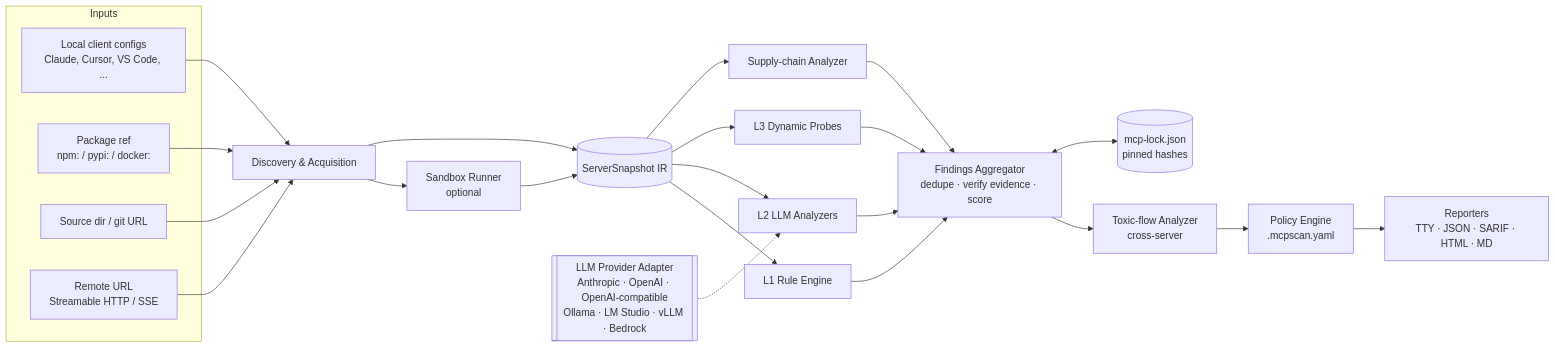
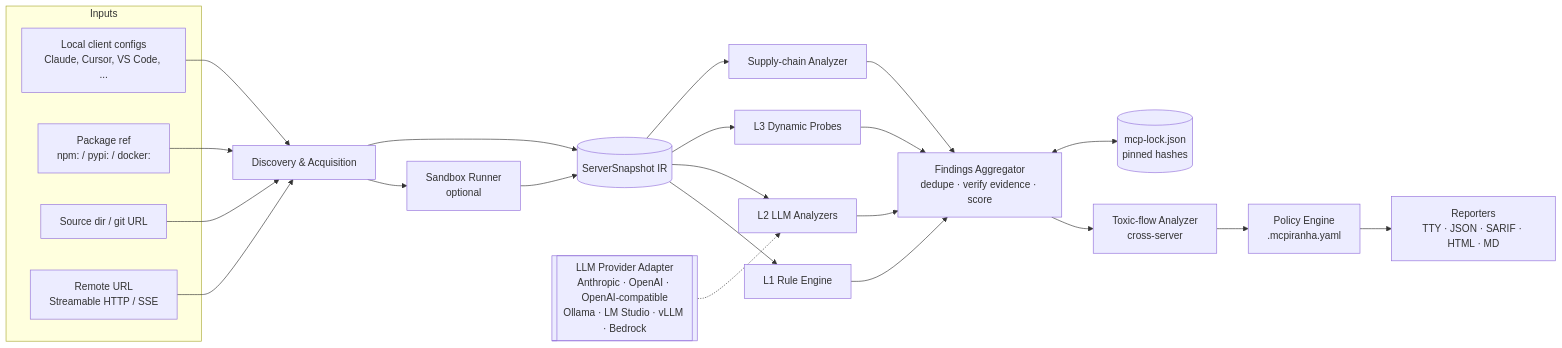
One commit to ethanroubal/MCP-Server-Security-Scanner changed the diagram in docs/ARCHITECTURE.md. Above: the diagram before and after it, drawn with Mermaid. The commit also changed other lines of this file and 139 other files, not shown here.

````diff
--- a/docs/ARCHITECTURE.md
+++ b/docs/ARCHITECTURE.md
@@ -87,27 +87,27 @@
 ```mermaid
 flowchart LR
   subgraph Inputs
     A1[Local client configs<br/>Claude, Cursor, VS Code, ...]
     A2[Package ref<br/>npm: / pypi: / docker:]
     A3[Source dir / git URL]
     A4[Remote URL<br/>Streamable HTTP / SSE]
   end
 
   A1 & A2 & A3 & A4 --> D[Discovery & Acquisition]
   D --> S[Sandbox Runner<br/>optional]
   D --> IR[(ServerSnapshot IR)]
   S --> IR
 
   IR --> R[L1 Rule Engine]
   IR --> L[L2 LLM Analyzers]
   IR --> DY[L3 Dynamic Probes]
   IR --> SC[Supply-chain Analyzer]
 
   R & L & DY & SC --> F[Findings Aggregator<br/>dedupe · verify evidence · score]
   F --> TF[Toxic-flow Analyzer<br/>cross-server]
-  TF --> P[Policy Engine<br/>.mcpscan.yaml]
+  TF --> P[Policy Engine<br/>.mcpiranha.yaml]
   P --> OUT[Reporters<br/>TTY · JSON · SARIF · HTML · MD]
   F <--> LOCK[(mcp-lock.json<br/>pinned hashes)]
 
   LLMP[[LLM Provider Adapter<br/>Anthropic · OpenAI · OpenAI-compatible<br/>Ollama · LM Studio · vLLM · Bedrock]] -.-> L
 ```
````
